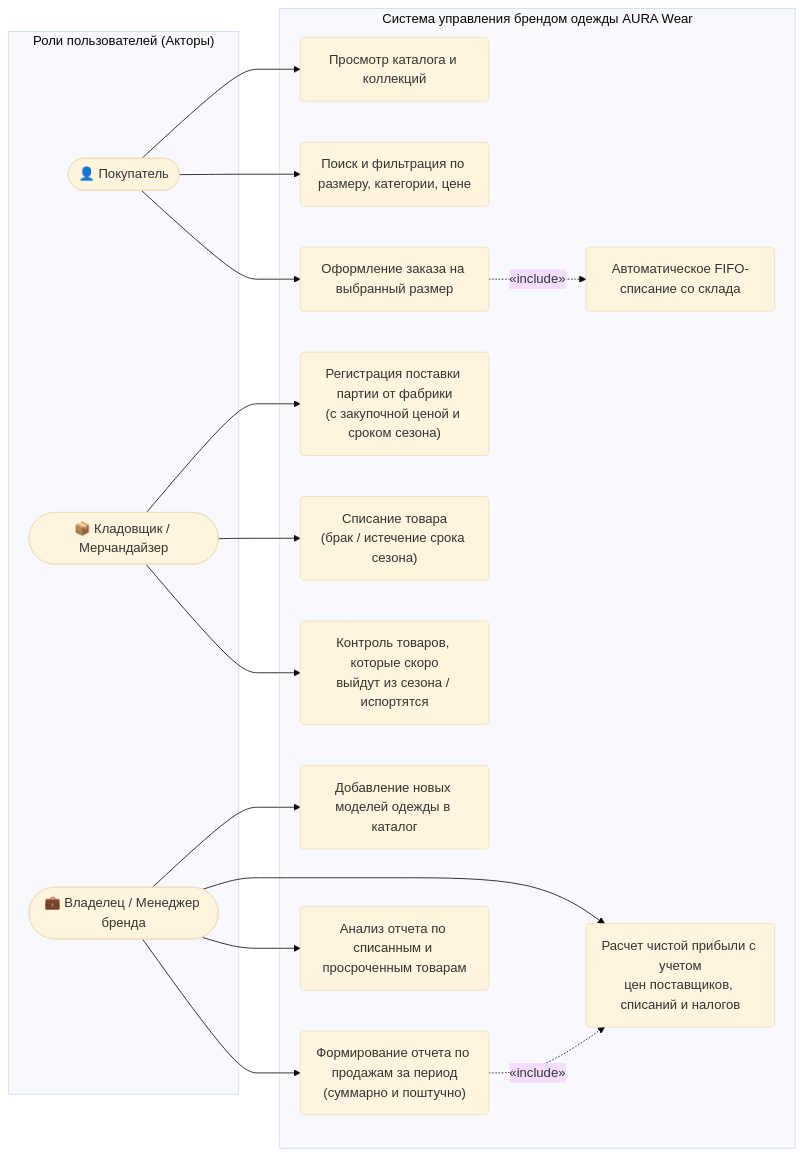
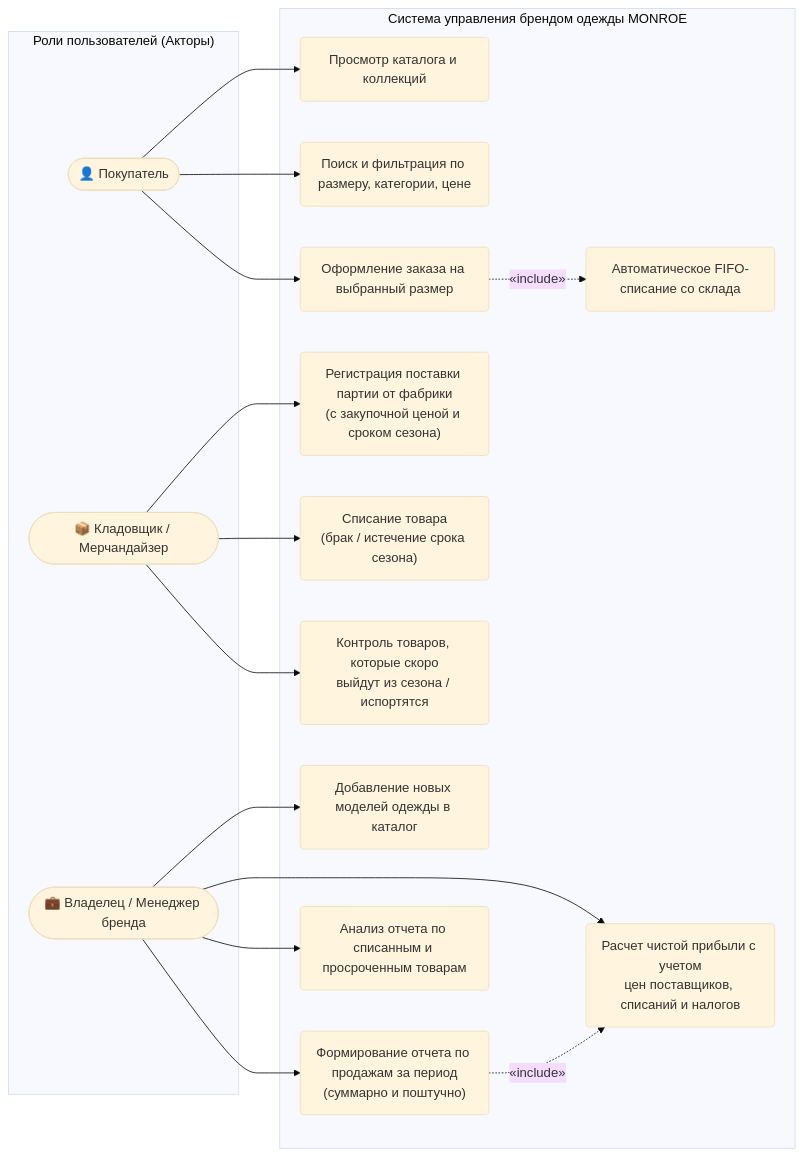
The first of 4 diagrams in README.md (anya-gor/project2026), drawn with Mermaid (base theme) before and after one commit. The commit also changed other lines of this file and 12 other files, not shown here.

````diff
--- a/README.md
+++ b/README.md
@@ -81,39 +81,39 @@
 ```mermaid
 flowchart LR
     subgraph Actors ["Роли пользователей (Акторы)"]
         Customer(["👤 Покупатель"])
         WarehouseStaff(["📦 Кладовщик / Мерчандайзер"])
         Manager(["💼 Владелец / Менеджер бренда"])
     end
 
-    subgraph System ["Система управления брендом одежды AURA Wear"]
+    subgraph System ["Система управления брендом одежды MONROE"]
         UC1("Просмотр каталога и коллекций")
         UC2("Поиск и фильтрация по размеру, категории, цене")
         UC3("Оформление заказа на выбранный размер")
         
         UC4("Регистрация поставки партии от фабрики\n(с закупочной ценой и сроком сезона)")
         UC5("Списание товара\n(брак / истечение срока сезона)")
         UC6("Контроль товаров, которые скоро\nвыйдут из сезона / испортятся")
         UC7("Автоматическое FIFO-списание со склада")
         
         UC8("Добавление новых моделей одежды в каталог")
         UC9("Формирование отчета по продажам за период\n(суммарно и поштучно)")
         UC10("Расчет чистой прибыли с учетом\nцен поставщиков, списаний и налогов")
         UC11("Анализ отчета по списанным и просроченным товарам")
     end
 
     Customer --> UC1
     Customer --> UC2
     Customer --> UC3
     UC3 -.->|"«include»"| UC7
 
     WarehouseStaff --> UC4
     WarehouseStaff --> UC5
     WarehouseStaff --> UC6
 
     Manager --> UC8
     Manager --> UC9
     Manager --> UC10
     Manager --> UC11
     UC9 -.->|"«include»"| UC10
 ```
````
